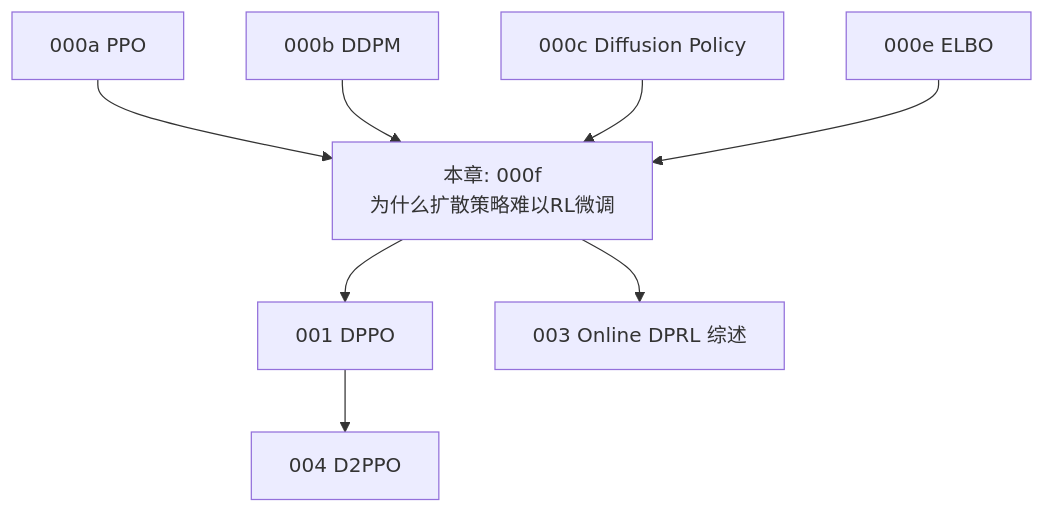
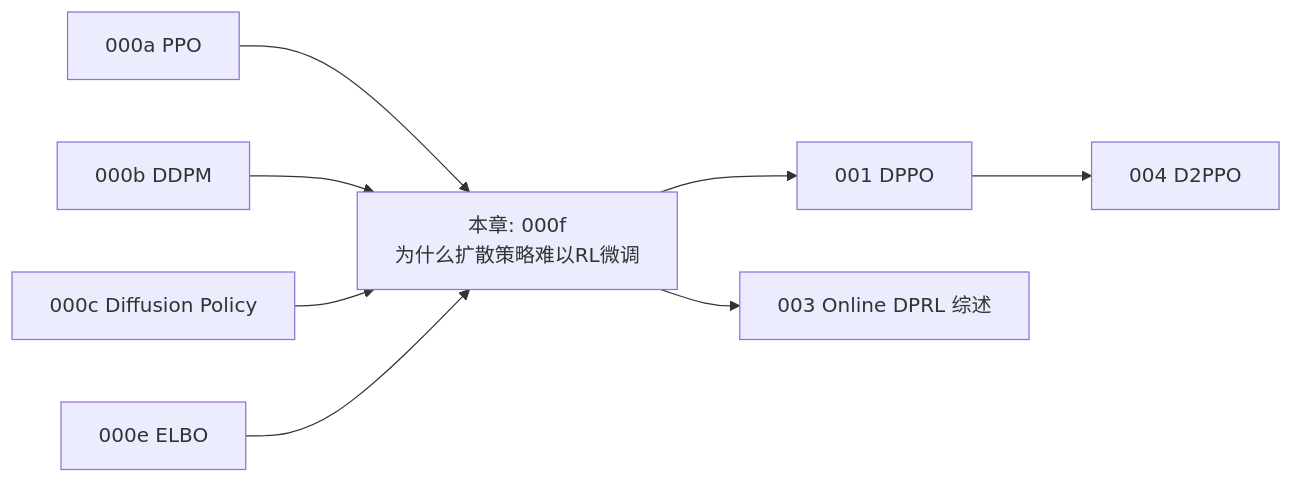
One commit to endlesscollider/paper changed the sixth of 6 diagrams in 前置知识/000f_前置知识_为什么扩散策略难以RL微调.md. Above: the diagram before and after it, drawn with Mermaid. The commit also changed other lines of this file and 739 other files, not shown here.

First line of the commit message:
docs: 更新文章、系列与论文综述，新增配图与绘图脚本

````diff
--- a/前置知识/000f_前置知识_为什么扩散策略难以RL微调.md
+++ b/前置知识/000f_前置知识_为什么扩散策略难以RL微调.md
@@ -1009,10 +1397,10 @@
 ```mermaid
-graph TD
+graph LR
     A["000a PPO"] --> F["本章: 000f<br/>为什么扩散策略难以RL微调"]
     B["000b DDPM"] --> F
     C["000c Diffusion Policy"] --> F
     E["000e ELBO"] --> F
     F --> G["001 DPPO"]
     F --> H["003 Online DPRL 综述"]
     G --> I["004 D2PPO"]
 ```
````
